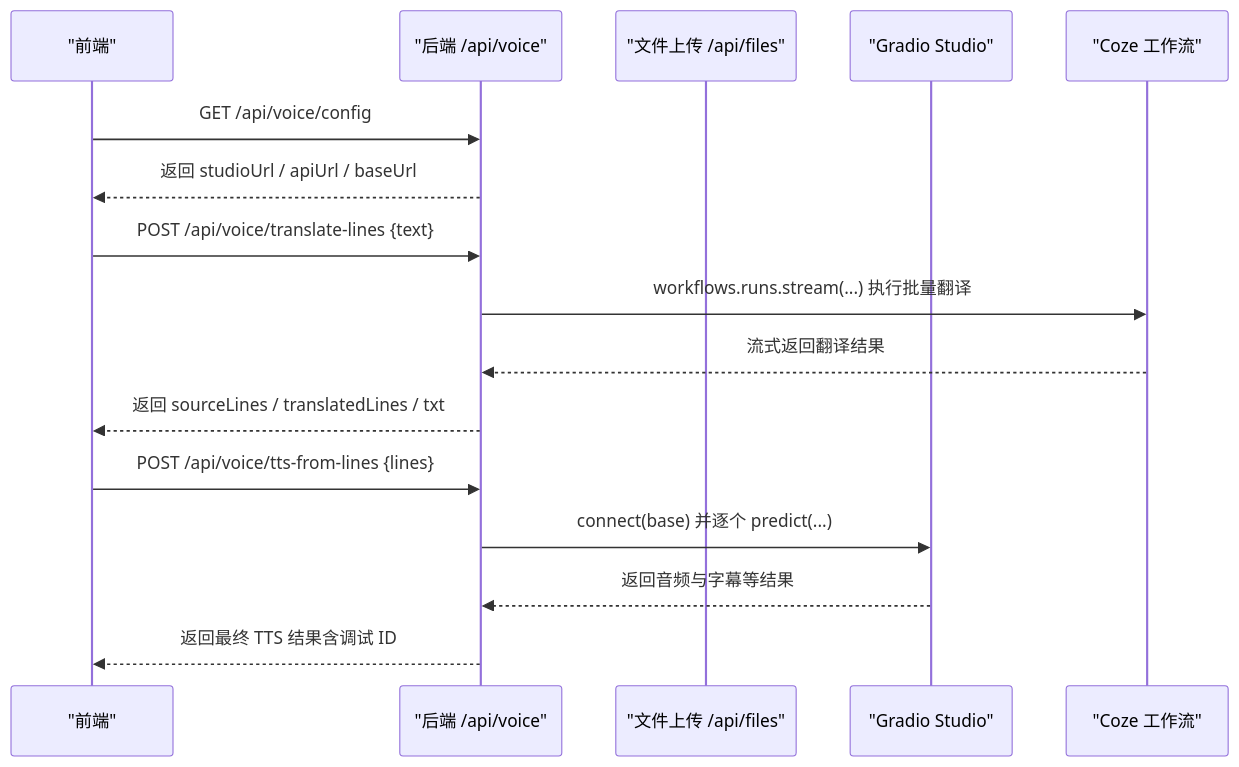
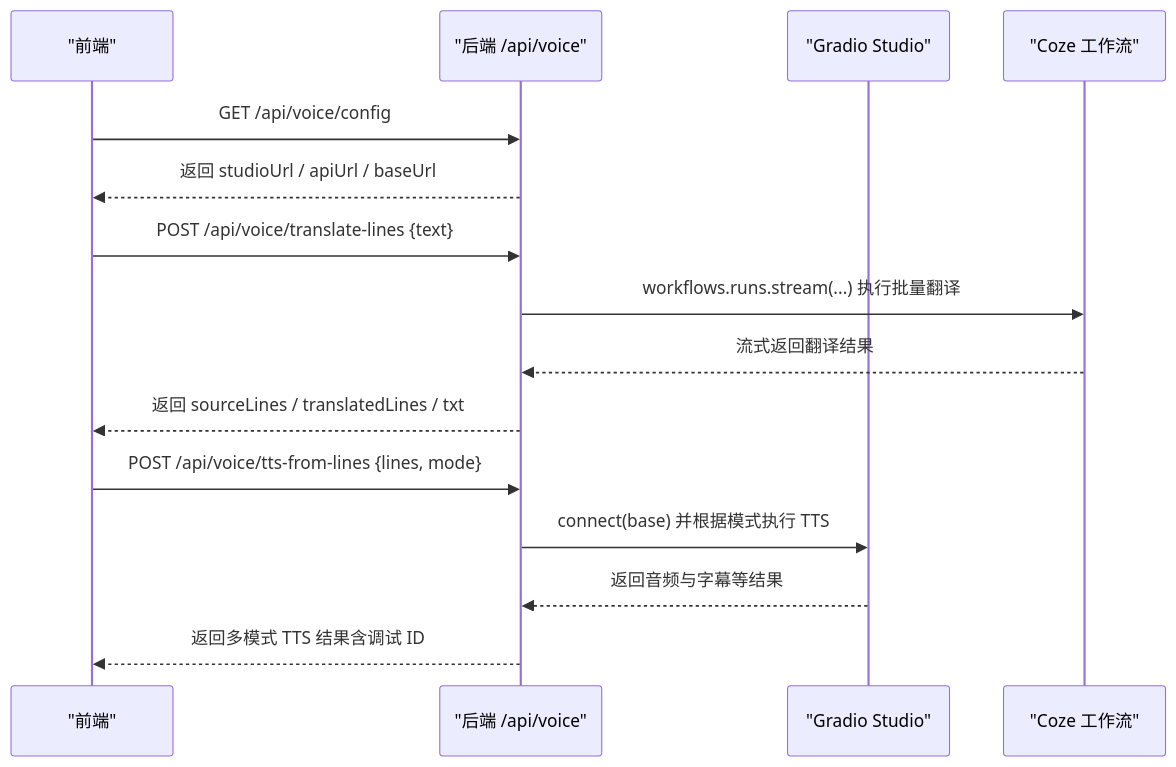
One commit to hanksd769-droid/sailshub changed the second of 4 diagrams in .qoder/repowiki/zh/content/API 接口文档/语音生成接口.md. Above: the diagram before and after it, drawn with Mermaid. The commit also changed other lines of this file and 4 other files, not shown here.

````diff
--- a/.qoder/repowiki/zh/content/API 接口文档/语音生成接口.md
+++ b/.qoder/repowiki/zh/content/API 接口文档/语音生成接口.md
@@ -131,18 +133,17 @@
 ```mermaid
 sequenceDiagram
 participant FE as "前端"
 participant API as "后端 /api/voice"
-participant FILES as "文件上传 /api/files"
 participant GR as "Gradio Studio"
 participant CW as "Coze 工作流"
 FE->>API : GET /api/voice/config
 API-->>FE : 返回 studioUrl / apiUrl / baseUrl
 FE->>API : POST /api/voice/translate-lines {text}
 API->>CW : workflows.runs.stream(...) 执行批量翻译
 CW-->>API : 流式返回翻译结果
 API-->>FE : 返回 sourceLines / translatedLines / txt
-FE->>API : POST /api/voice/tts-from-lines {lines}
-API->>GR : connect(base) 并逐个 predict(...)
+FE->>API : POST /api/voice/tts-from-lines {lines, mode}
+API->>GR : connect(base) 并根据模式执行 TTS
 GR-->>API : 返回音频与字幕等结果
-API-->>FE : 返回最终 TTS 结果含调试 ID
+API-->>FE : 返回多模式 TTS 结果含调试 ID
 ```
````
